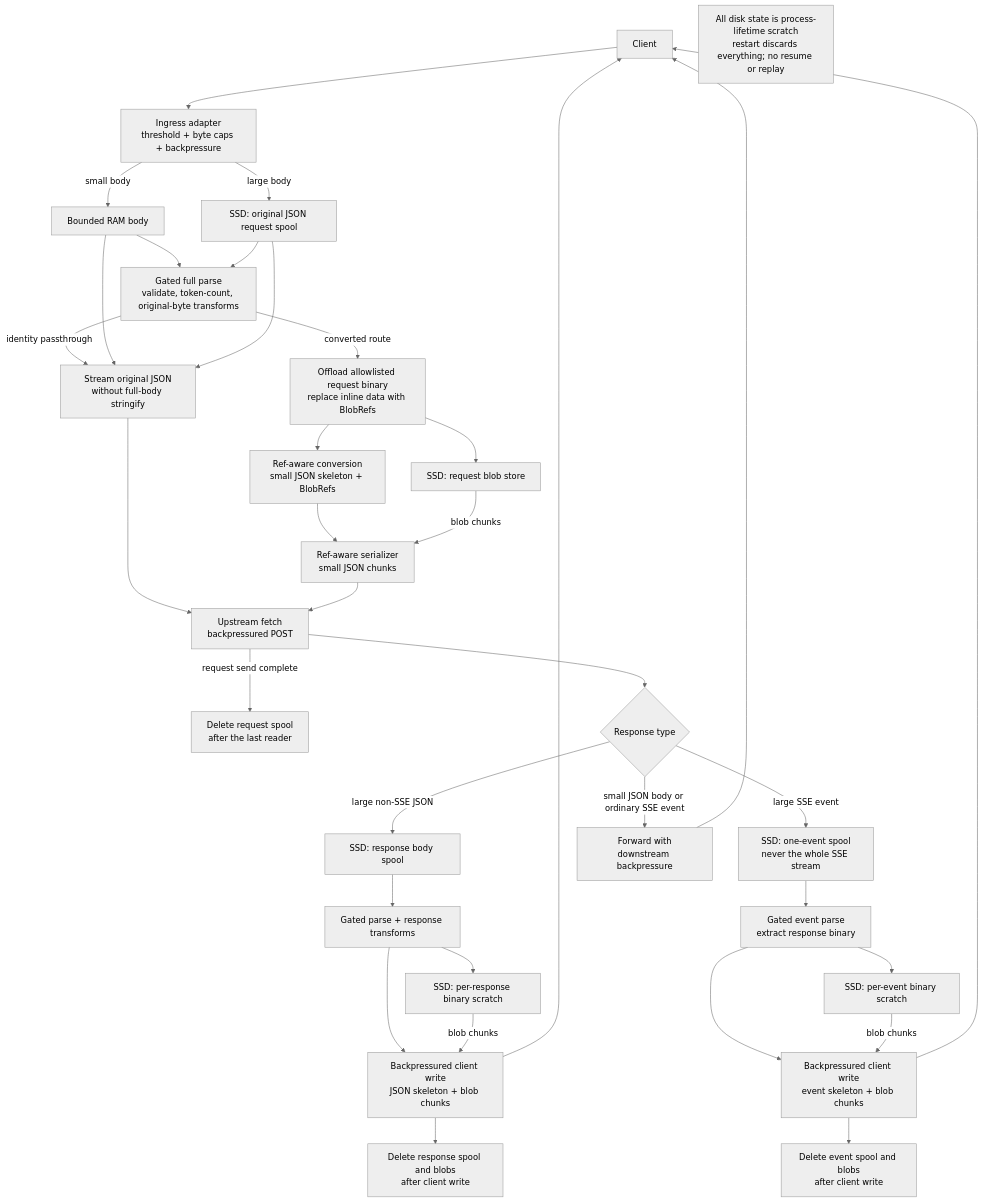
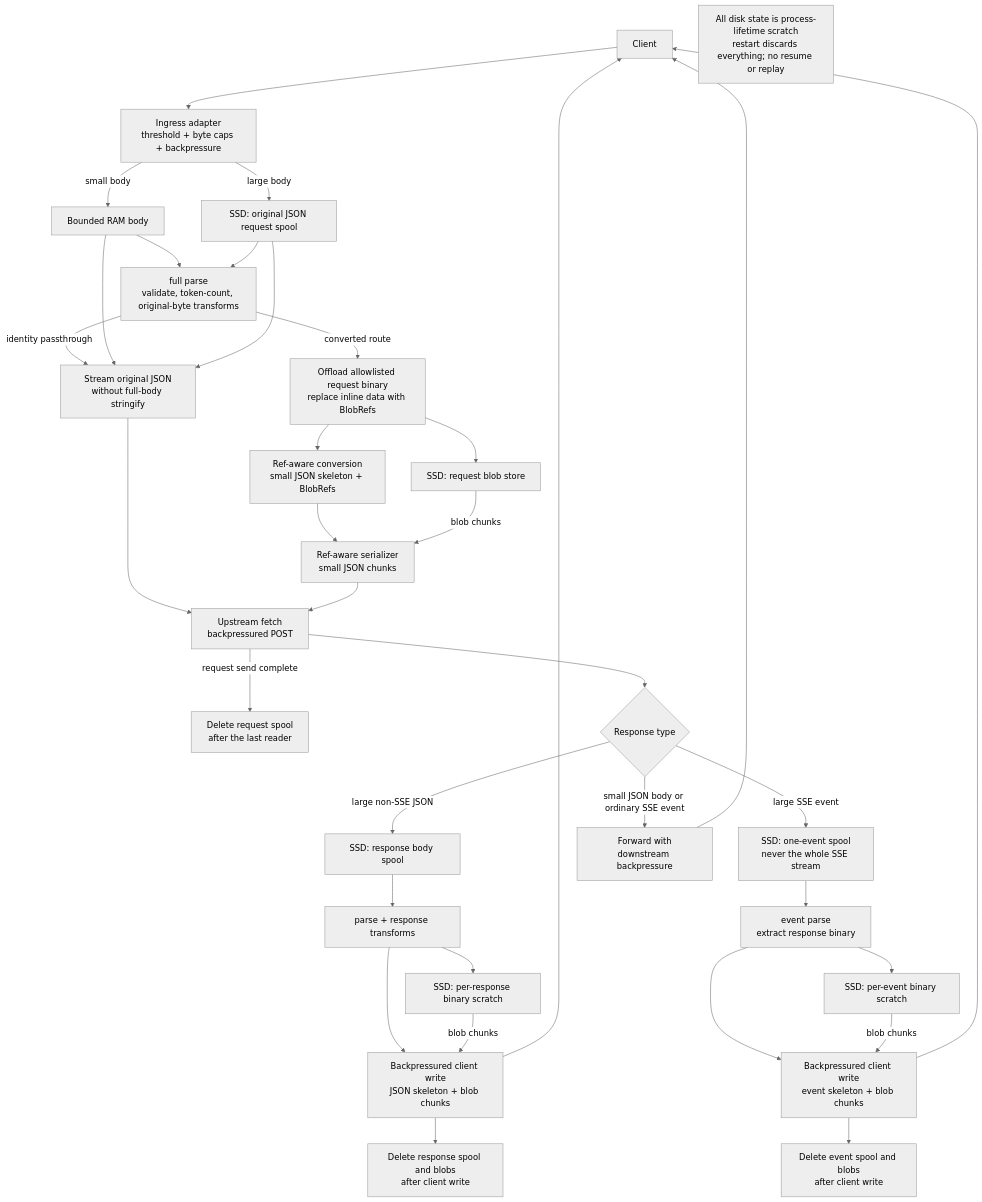
One commit to qidu/model_proxy_v3 changed the first of 2 diagrams in docs/architecture/plan-ssd-spool-image-request-bodies.md. Above: the diagram before and after it, drawn with Mermaid (neutral theme). The commit also changed other lines of this file, not shown here.

````diff
--- a/docs/architecture/plan-ssd-spool-image-request-bodies.md
+++ b/docs/architecture/plan-ssd-spool-image-request-bodies.md
@@ -233,37 +273,37 @@
 ```mermaid
 flowchart TD
   C["Client"] --> I["Ingress adapter<br/>threshold + byte caps + backpressure"]
   I -->|small body| M["Bounded RAM body"]
   I -->|large body| RS["SSD: original JSON request spool"]
-  M --> P["Gated full parse<br/>validate, token-count, original-byte transforms"]
+  M --> P["full parse<br/>validate, token-count, original-byte transforms"]
   RS --> P
   P -->|identity passthrough| ID["Stream original JSON<br/>without full-body stringify"]
   M --> ID
   RS --> ID
   P -->|converted route| X["Offload allowlisted request binary<br/>replace inline data with BlobRefs"]
   X --> B["SSD: request blob store"]
   X --> T["Ref-aware conversion<br/>small JSON skeleton + BlobRefs"]
   T --> S["Ref-aware serializer<br/>small JSON chunks"]
   B -->|blob chunks| S
   ID --> U["Upstream fetch<br/>backpressured POST"]
   S --> U
   U -->|request send complete| RC["Delete request spool<br/>after the last reader"]
   U --> R{"Response type"}
   R -->|large non-SSE JSON| JS["SSD: response body spool"]
-  JS --> JP["Gated parse + response transforms"]
+  JS --> JP["parse + response transforms"]
   JP --> JB["SSD: per-response binary scratch"]
   JP --> JO["Backpressured client write<br/>JSON skeleton + blob chunks"]
   JB -->|blob chunks| JO
   JO --> C
   JO --> JC["Delete response spool and blobs<br/>after client write"]
   R -->|large SSE event| ES["SSD: one-event spool<br/>never the whole SSE stream"]
-  ES --> EP["Gated event parse<br/>extract response binary"]
+  ES --> EP["event parse<br/>extract response binary"]
   EP --> EB["SSD: per-event binary scratch"]
   EP --> EO["Backpressured client write<br/>event skeleton + blob chunks"]
   EB -->|blob chunks| EO
   EO --> C
   EO --> EC["Delete event spool and blobs<br/>after client write"]
   R -->|small JSON body or ordinary SSE event| BP["Forward with<br/>downstream backpressure"]
   BP --> C
   N["All disk state is process-lifetime scratch<br/>restart discards everything; no resume or replay"]
 ```
````
